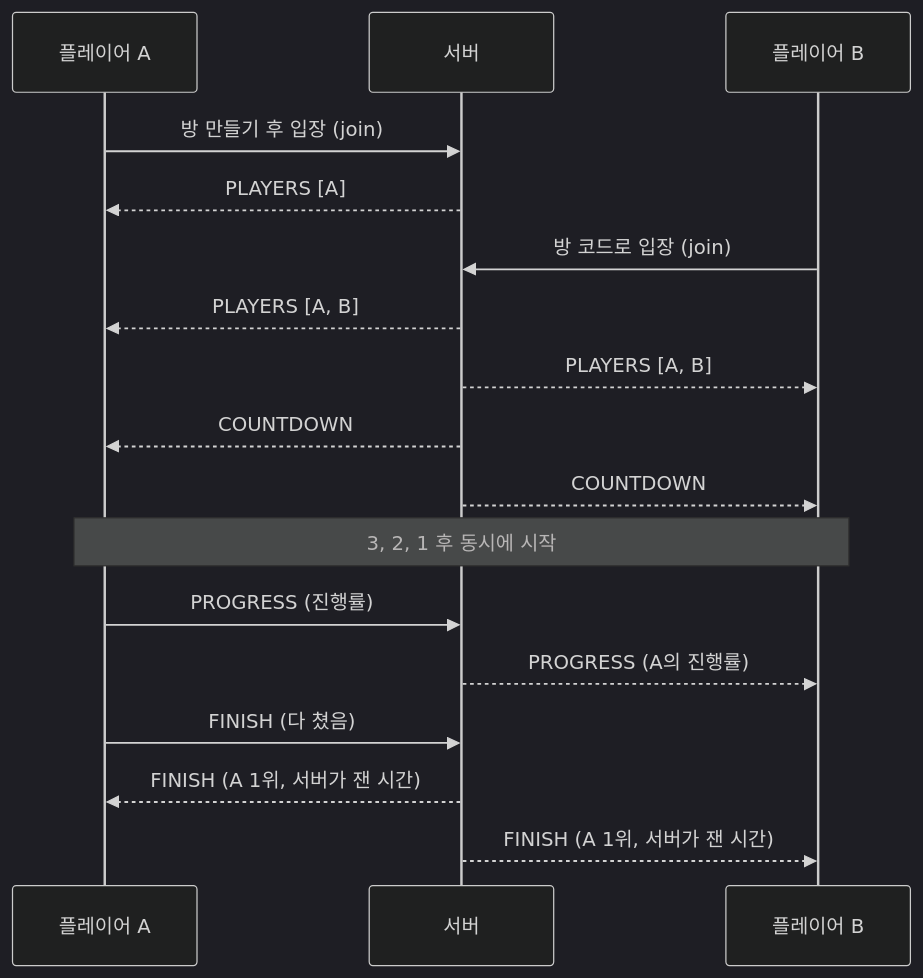
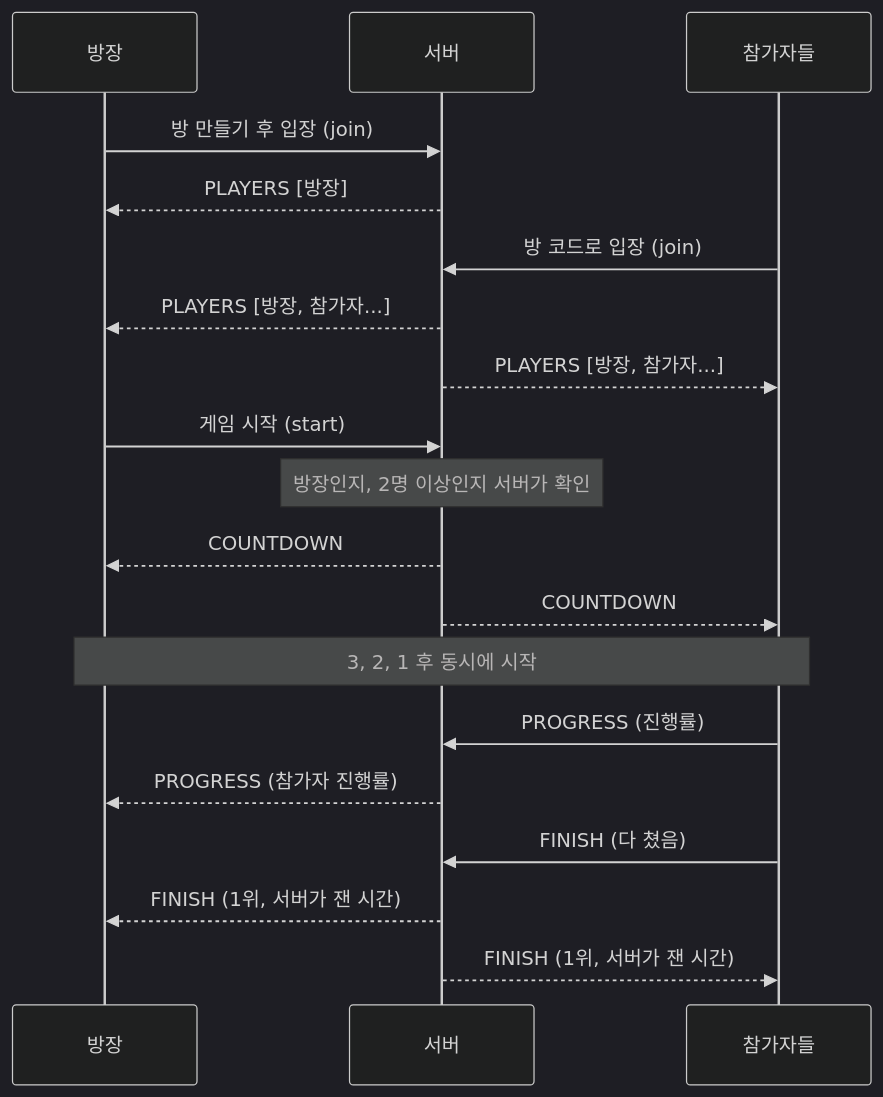
One commit to jowon0911/typingbattle changed the diagram in README.md. Above: the diagram before and after it, drawn with Mermaid (dark theme). The commit also changed other lines of this file, not shown here.

````diff
--- a/README.md
+++ b/README.md
@@ -56,20 +63,22 @@
 ```mermaid
 sequenceDiagram
-    participant A as 플레이어 A
+    participant A as 방장
     participant S as 서버
-    participant B as 플레이어 B
+    participant B as 참가자들
 
     A->>S: 방 만들기 후 입장 (join)
-    S-->>A: PLAYERS [A]
+    S-->>A: PLAYERS [방장]
     B->>S: 방 코드로 입장 (join)
-    S-->>A: PLAYERS [A, B]
-    S-->>B: PLAYERS [A, B]
+    S-->>A: PLAYERS [방장, 참가자...]
+    S-->>B: PLAYERS [방장, 참가자...]
+    A->>S: 게임 시작 (start)
+    Note over S: 방장인지, 2명 이상인지 서버가 확인
     S-->>A: COUNTDOWN
     S-->>B: COUNTDOWN
     Note over A,B: 3, 2, 1 후 동시에 시작
-    A->>S: PROGRESS (진행률)
-    S-->>B: PROGRESS (A의 진행률)
-    A->>S: FINISH (다 쳤음)
-    S-->>A: FINISH (A 1위, 서버가 잰 시간)
-    S-->>B: FINISH (A 1위, 서버가 잰 시간)
+    B->>S: PROGRESS (진행률)
+    S-->>A: PROGRESS (참가자 진행률)
+    B->>S: FINISH (다 쳤음)
+    S-->>A: FINISH (1위, 서버가 잰 시간)
+    S-->>B: FINISH (1위, 서버가 잰 시간)
 ```
````
